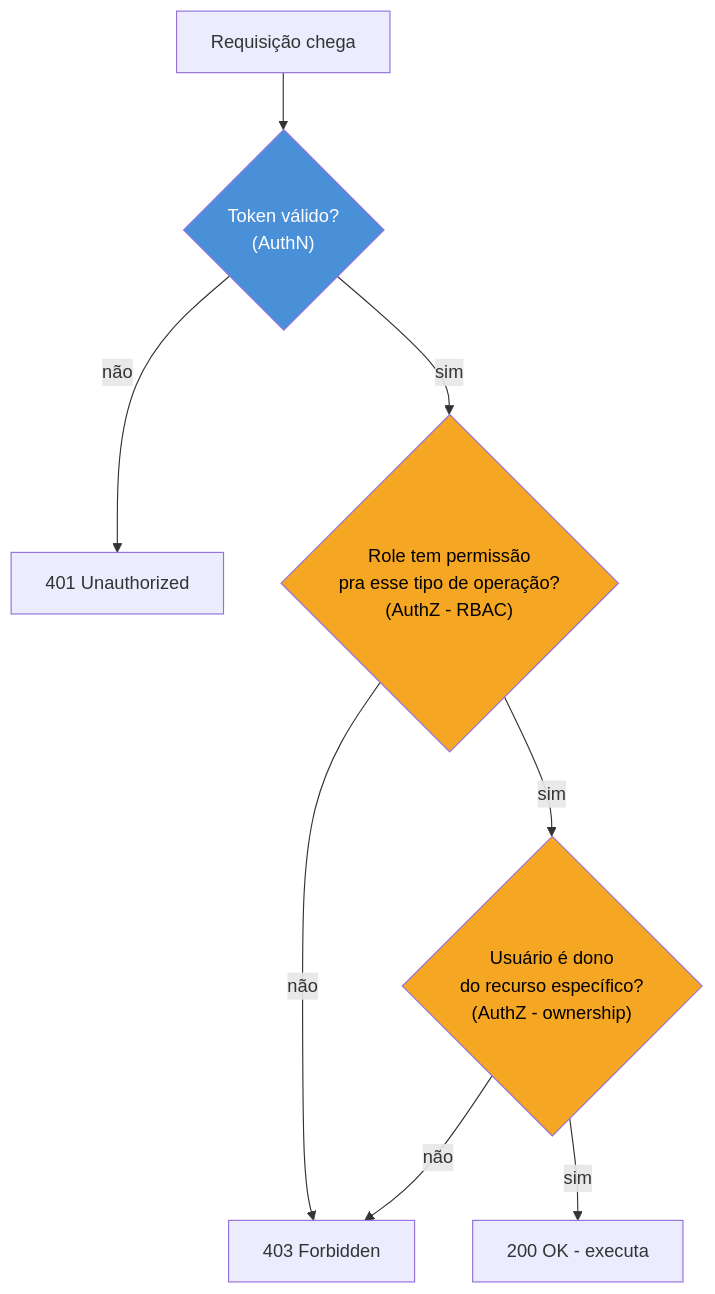
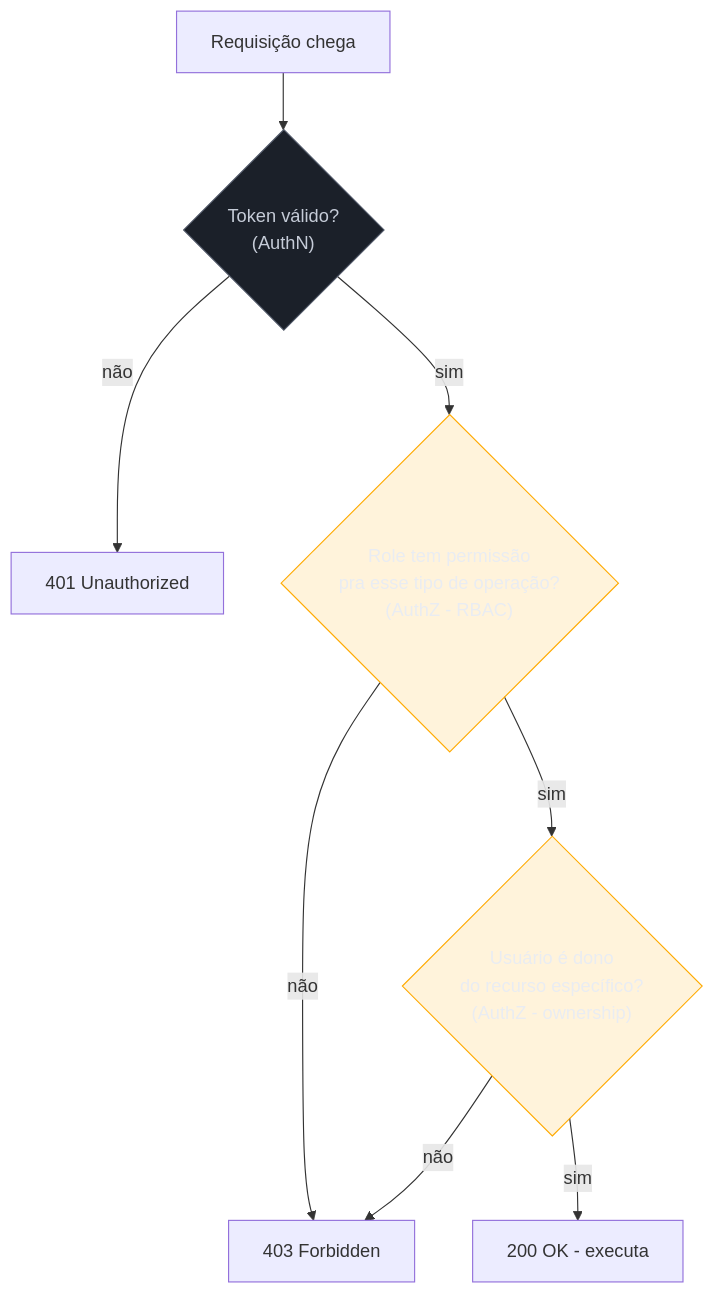
Before and after one commit to josenaldo/codex-technomanticus: the second of 2 diagrams in 03-Dominios/Tecnologia/Go/19 - Segurança/08 - AuthN e AuthZ em serviços Go.md, drawn with Mermaid. The commit also changed 1181 other files, not shown here.

First line of the commit message:
fix(diagramas): paleta do sistema no lugar de cor cravada no markdown

````diff
--- a/03-Dominios/Tecnologia/Go/19 - Segurança/08 - AuthN e AuthZ em serviços Go.md
+++ b/03-Dominios/Tecnologia/Go/19 - Segurança/08 - AuthN e AuthZ em serviços Go.md
@@ -284,14 +284,16 @@
 ```mermaid
 flowchart TD
+    classDef neutro fill:#1B2029,stroke:#4E5666,color:#C6CCD8
+    classDef destaque fill:#FFAA0024,stroke:#FFAA00,color:#E9ECF2
     A["Requisição chega"] --> B{"Token válido?<br/>(AuthN)"}
     B -- não --> C["401 Unauthorized"]
     B -- sim --> D{"Role tem permissão<br/>pra esse tipo de operação?<br/>(AuthZ - RBAC)"}
     D -- não --> E["403 Forbidden"]
     D -- sim --> F{"Usuário é dono<br/>do recurso específico?<br/>(AuthZ - ownership)"}
     F -- não --> E
     F -- sim --> G["200 OK - executa"]
 
-    style B fill:#4A90D9,color:#fff
-    style D fill:#F5A623,color:#000
-    style F fill:#F5A623,color:#000
+    class B neutro
+    class D destaque
+    class F destaque
 ```
````
